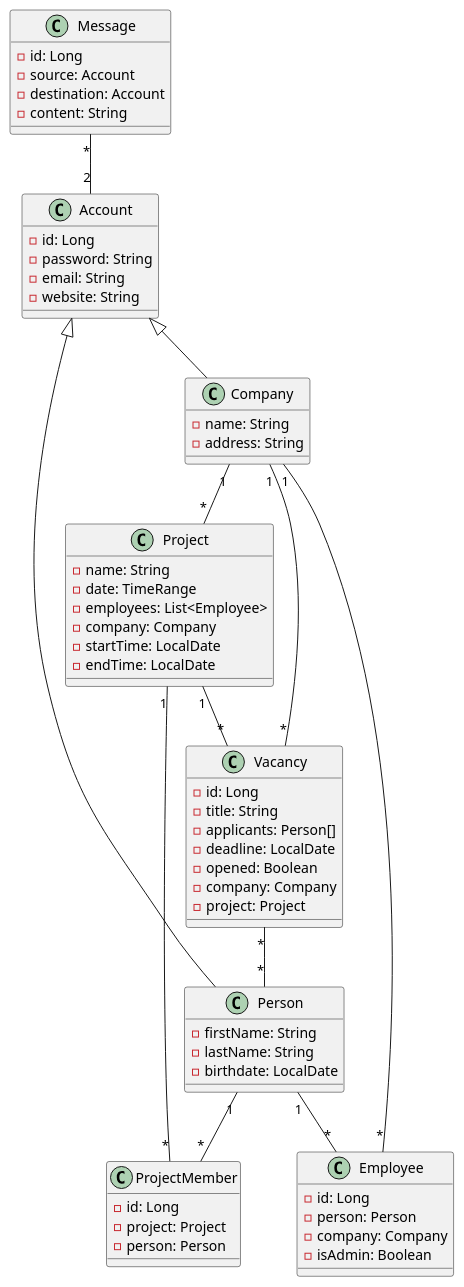
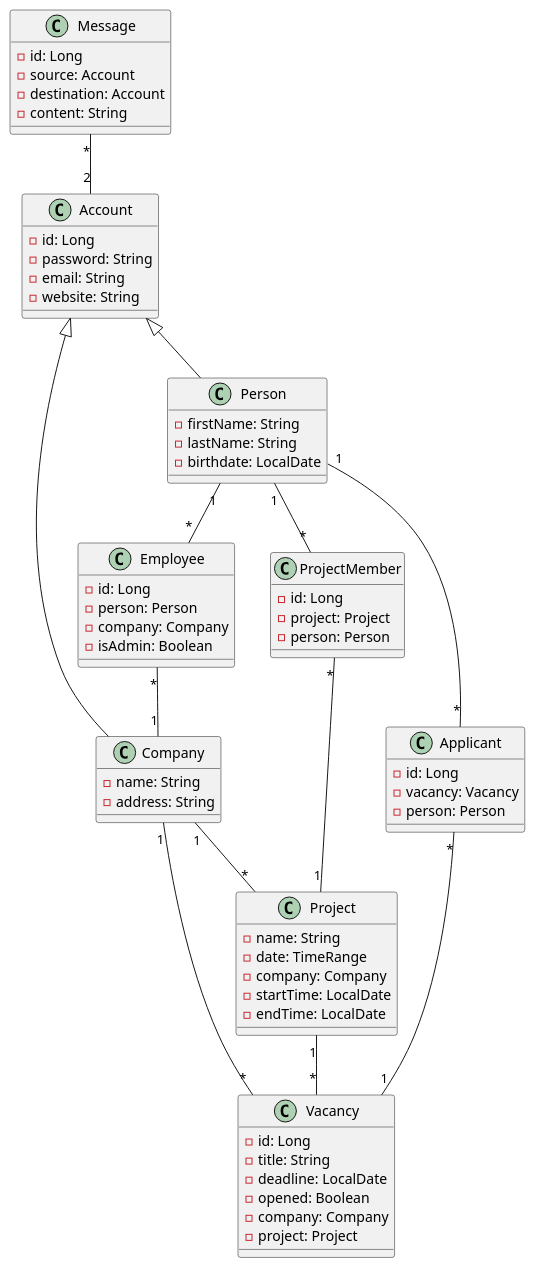
One commit to DirectorsView/documentation changed the diagram in cld/cld.puml. Above: the diagram before and after it, drawn with PlantUML.

Commit message:
add Applicant

```diff
--- a/cld/cld.puml
+++ b/cld/cld.puml
@@ -1,71 +1,76 @@
 @startuml
 
 class Account {
 - id: Long
 - password: String
 - email: String
 - website: String
 }
 
 class Company {
 - name: String
 - address: String
 }
 
 class Project {
 - name: String
 - date: TimeRange
-- employees: List<Employee>
 - company: Company
 - startTime: LocalDate
 - endTime: LocalDate
 }
 
 class Person {
 - firstName: String
 - lastName: String
 - birthdate: LocalDate
 }
 
 class ProjectMember {
 - id: Long
 - project: Project
 - person: Person
 }
 
 class Vacancy {
 - id: Long
 - title: String
-- applicants: Person[]
 - deadline: LocalDate
 - opened: Boolean
 - company: Company
 - project: Project
 }
 
 class Message {
 - id: Long
 - source: Account
 - destination: Account
 - content: String
 }
 
 class Employee {
 - id: Long
 - person: Person
 - company: Company
 - isAdmin: Boolean
 }
 
+class Applicant {
+- id: Long
+- vacancy: Vacancy
+- person: Person
+}
+
 Account <|-- Company
 Account <|-- Person
 Company "1" -- "*" Project
 Company "1" -- "*" Vacancy
-Vacancy "*" -- "*"Person
+Applicant "*" -- "1" Vacancy
+Person "1" -- "*" Applicant
 Message "*" -- "2" Account
 Project "1" -- "*" Vacancy
 Employee "*" -- "1" Company
 Person "1" -- "*" Employee
 ProjectMember "*" -- "1" Project
 Person "1" -- "*" ProjectMember
 @enduml
```
